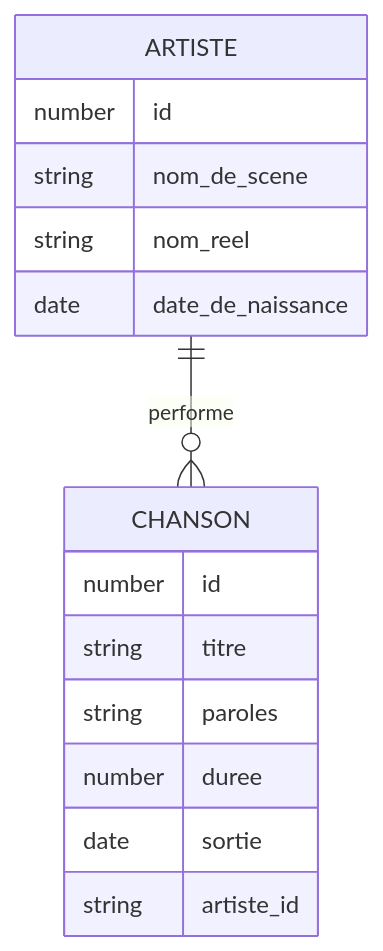
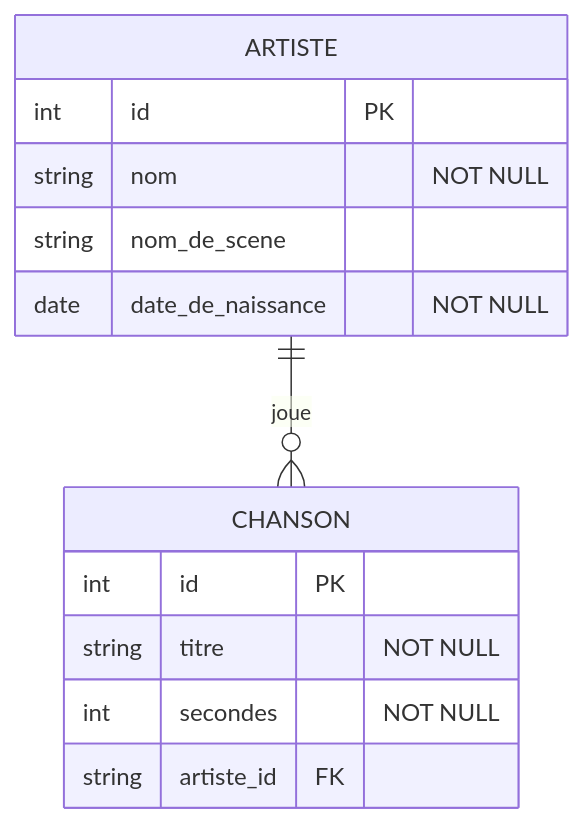
The third of 3 diagrams in static/slide/database.md (blueur/hep-24), drawn with Mermaid before and after one commit. The commit also changed other lines of this file and 3 other files, not shown here.

````diff
--- a/static/slide/database.md
+++ b/static/slide/database.md
@@ -97,18 +121,16 @@
 ```mermaid
 erDiagram
   ARTISTE {
-    number id
+    int    id                PK
+    string nom                  "NOT NULL"
     string nom_de_scene
-    string nom_reel
-    date   date_de_naissance
+    date   date_de_naissance    "NOT NULL"
   }
   CHANSON {
-    number id
-    string titre
-    string paroles
-    number duree
-    date   sortie
-    string artiste_id
+    int    id                PK
+    string titre                "NOT NULL"
+    int    secondes             "NOT NULL"
+    string artiste_id        FK
   }
-  ARTISTE ||--o{ CHANSON : "performe"
+  ARTISTE ||--o{ CHANSON : joue
 ```
````
